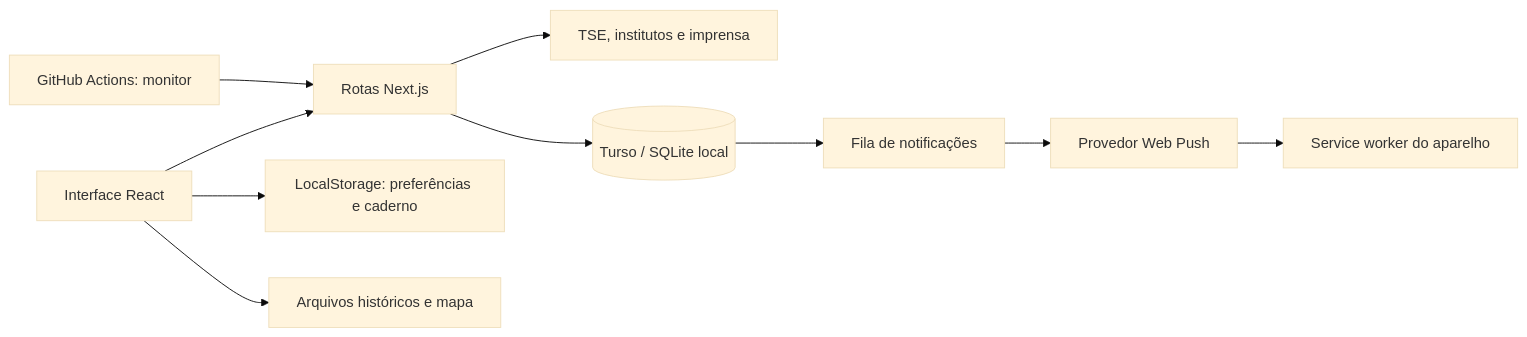
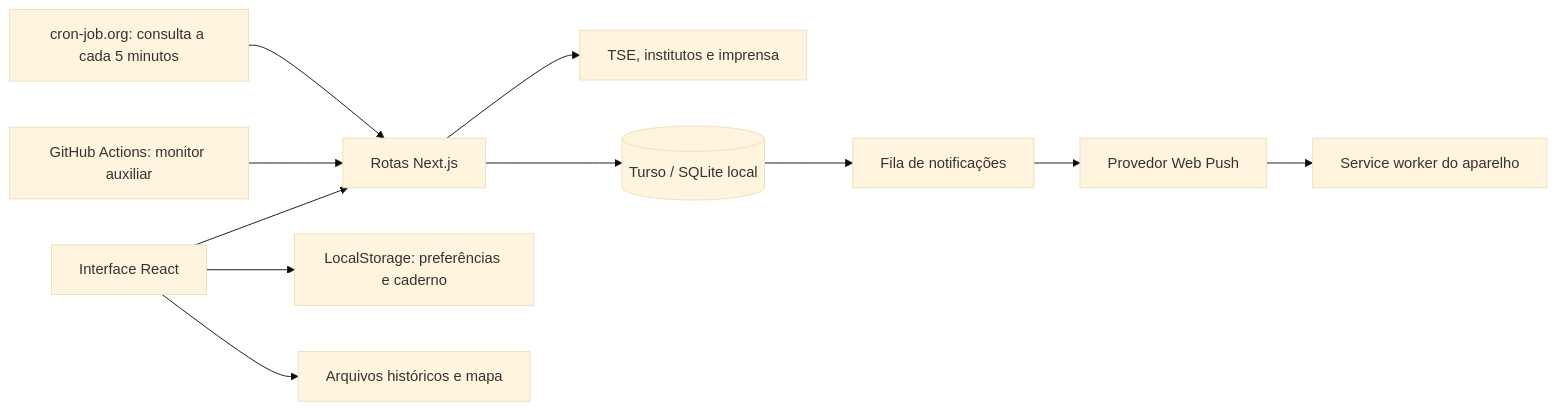
The diagram in docs/development.md (alejandroBR17/observatorio-do-voto), drawn with Mermaid (base theme) before and after one commit. The commit also changed other lines of this file and 20 other files, not shown here.

````diff
--- a/docs/development.md
+++ b/docs/development.md
@@ -54,12 +54,13 @@
 ```mermaid
 flowchart LR
   UI[Interface React] --> API[Rotas Next.js]
   UI --> Local[LocalStorage: preferências e caderno]
   UI --> Files[Arquivos históricos e mapa]
   API --> Sources[TSE, institutos e imprensa]
   API --> DB[(Turso / SQLite local)]
-  Monitor[GitHub Actions: monitor] --> API
+  Monitor[cron-job.org: consulta a cada 5 minutos] --> API
+  Fallback[GitHub Actions: monitor auxiliar] --> API
   DB --> Queue[Fila de notificações]
   Queue --> Push[Provedor Web Push]
   Push --> SW[Service worker do aparelho]
 ```
````
